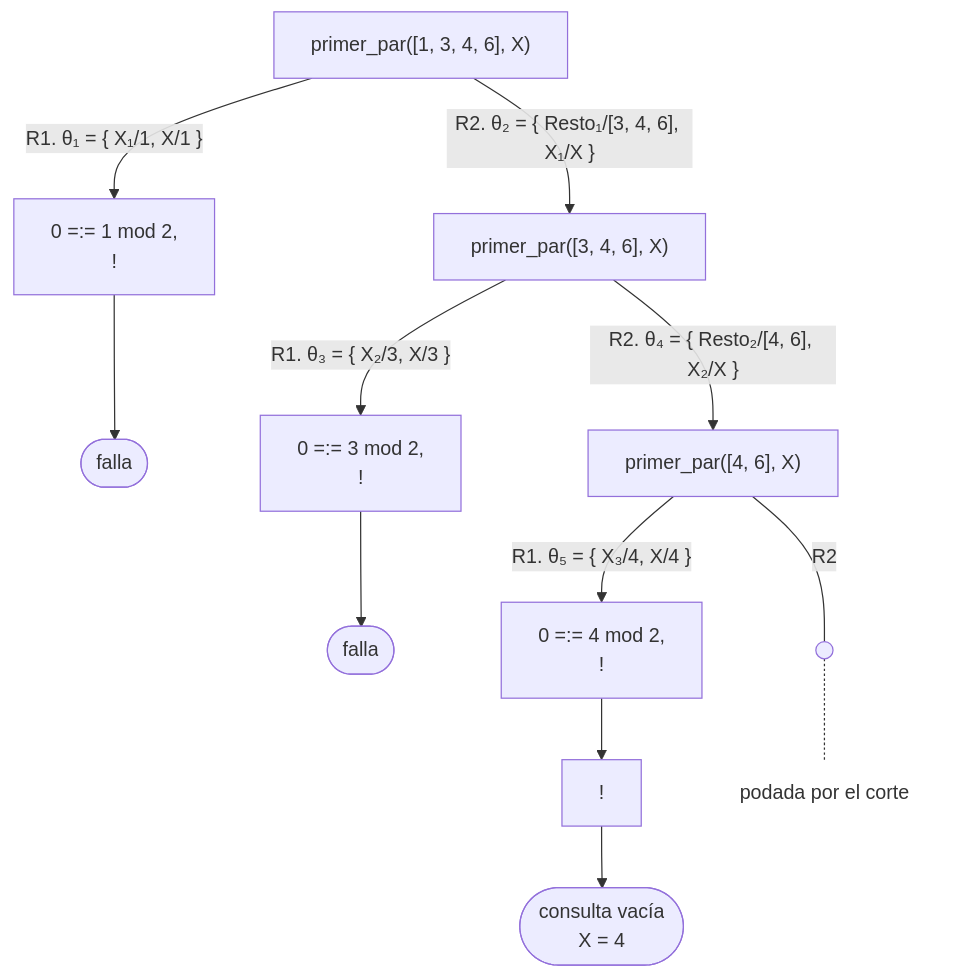
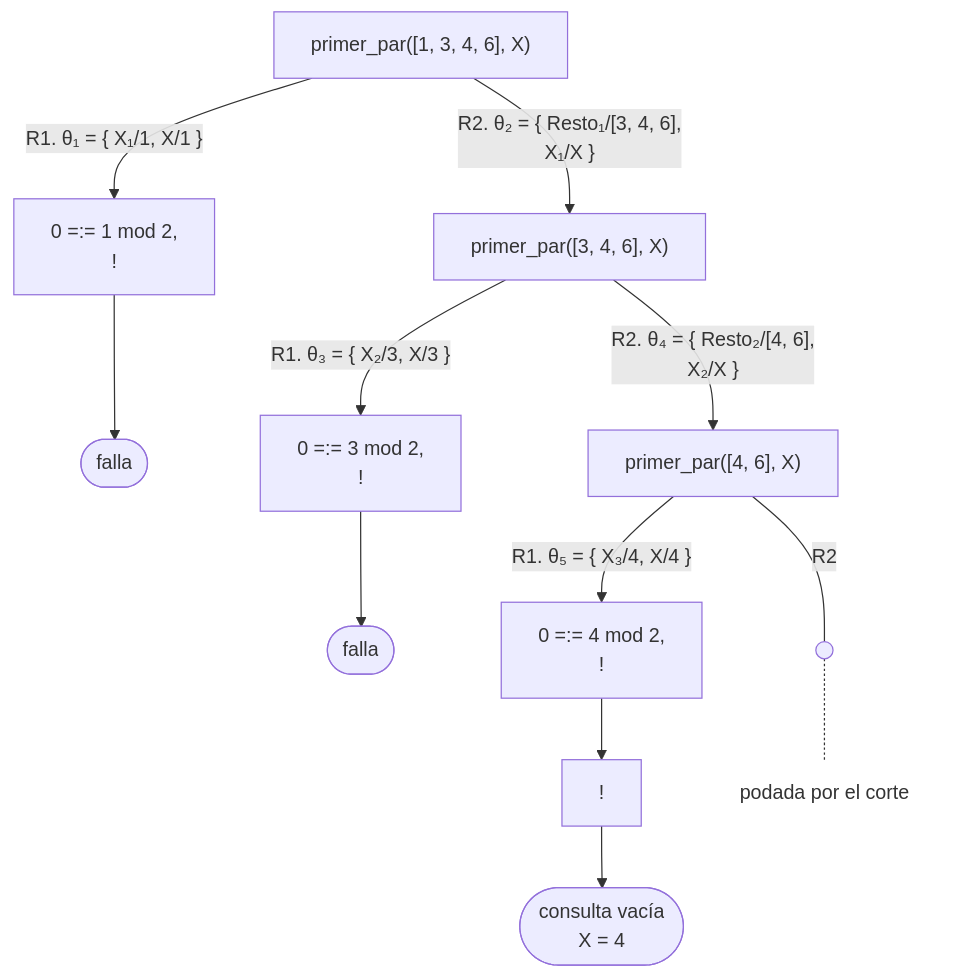
Before and after one commit to CesarBallardini/curso-de-prolog: the third of 5 diagrams in docs/capitulo-09-backtracking-y-corte/soluciones.md, drawn with Mermaid. The commit also changed other lines of this file and 24 other files, not shown here.

First line of the commit message:
feat(docs): botones para ocultar las columnas laterales y etiquetas cortas en los diagramas

````diff
--- a/docs/capitulo-09-backtracking-y-corte/soluciones.md
+++ b/docs/capitulo-09-backtracking-y-corte/soluciones.md
@@ -389,15 +389,15 @@
 ```mermaid
 flowchart TD
     A["primer_par([1, 3, 4, 6], X)"] -- "R1. θ₁ = {&nbsp;X₁/1, X/1&nbsp;}" --> A1["0 =:= 1 mod 2,<br/>!"]
     A1 --> F1(["falla"])
-    A -- "R2. θ₂ = {&nbsp;Resto₁/[3, 4, 6], X₁/X&nbsp;}" --> B["primer_par([3, 4, 6], X)"]
+    A -- "R2. θ₂ = {&nbsp;Resto₁/[3, 4, 6],<br/>X₁/X&nbsp;}" --> B["primer_par([3, 4, 6], X)"]
     B -- "R1. θ₃ = {&nbsp;X₂/3, X/3&nbsp;}" --> B1["0 =:= 3 mod 2,<br/>!"]
     B1 --> F2(["falla"])
-    B -- "R2. θ₄ = {&nbsp;Resto₂/[4, 6], X₂/X&nbsp;}" --> C["primer_par([4, 6], X)"]
+    B -- "R2. θ₄ = {&nbsp;Resto₂/[4, 6],<br/>X₂/X&nbsp;}" --> C["primer_par([4, 6], X)"]
     C -- "R1. θ₅ = {&nbsp;X₃/4, X/4&nbsp;}" --> C1["0 =:= 4 mod 2,<br/>!"]
     C1 --> C2["!"]
     C2 --> S(["consulta vacía<br/>X = 4"])
     C -- "R2" --- p@{ shape: sm-circ } -.- n["podada por el corte"]
     classDef abierto fill:none,stroke:none;
     class n abierto;
 ```
````
